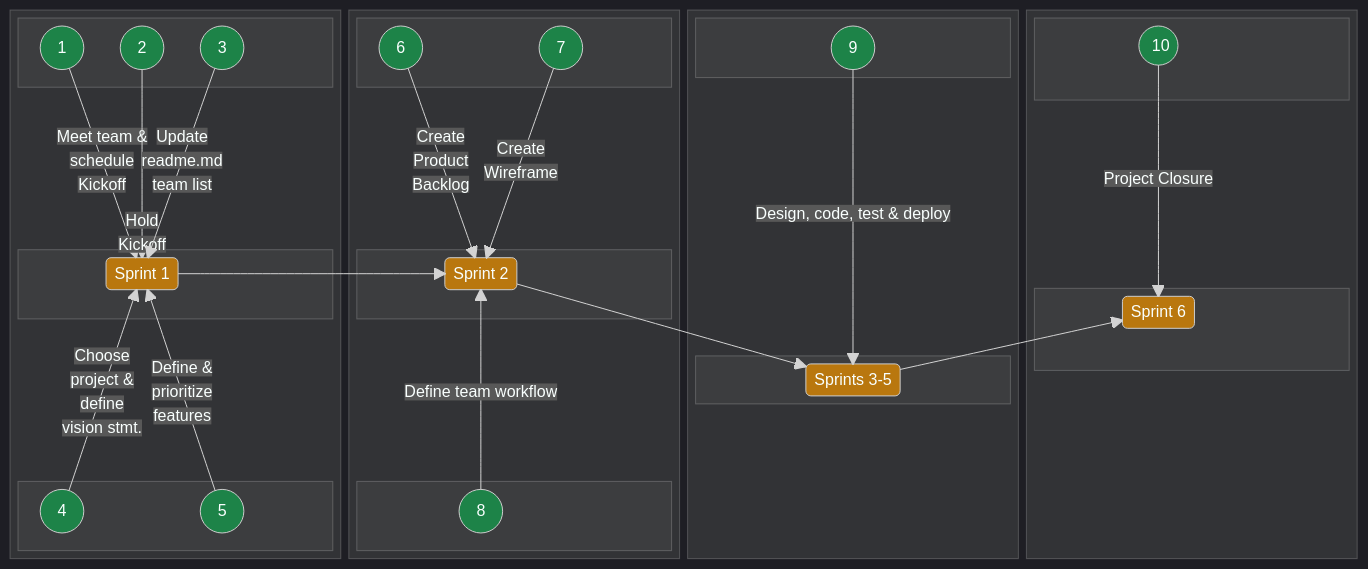
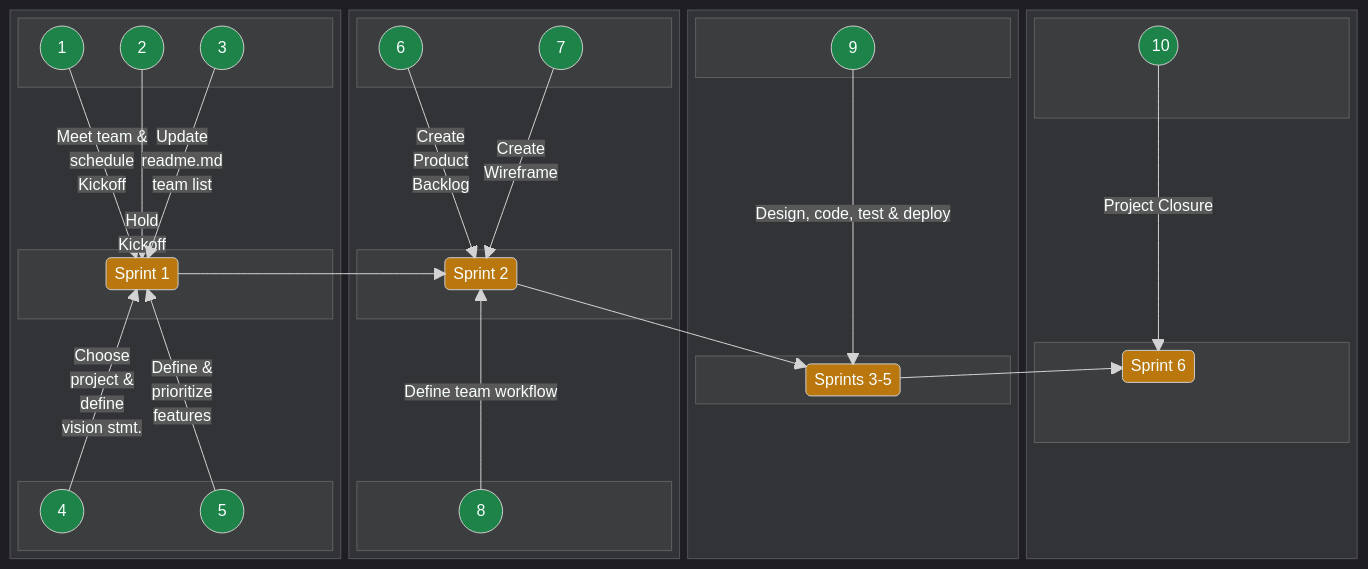
Before and after one commit to jdmedlock/mermaid_testing: the second of 2 diagrams in README.md, drawn with Mermaid.

Commit message:
Feature: Experiment with horizontal block diagram layout

```diff
--- a/README.md
+++ b/README.md
@@ -199,7 +199,6 @@
         space
       end
       space
-      space
       A10 -- "Project Closure" --> SPRINT6
     end
 
```
